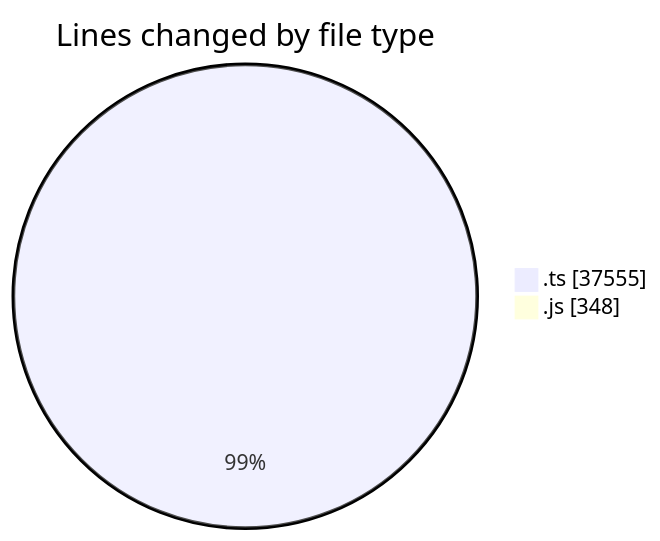
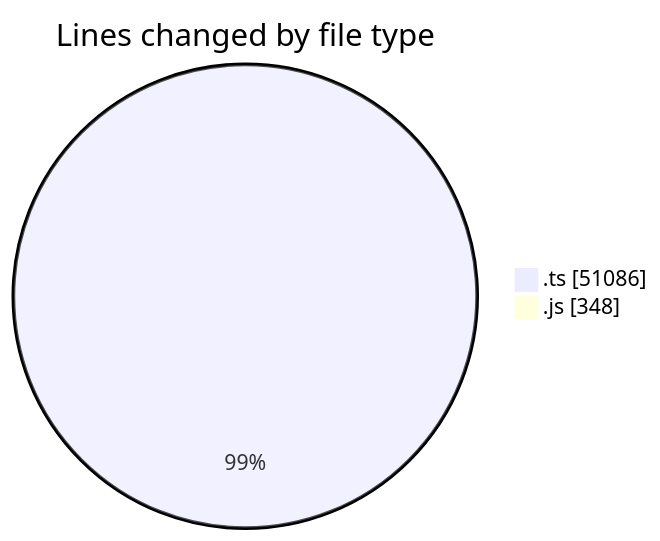
One commit to momahboobian/code-tracking changed the first of 2 diagrams in 2025-09-29/cda/README.md. Above: the diagram before and after it, drawn with Mermaid. The commit also changed other lines of this file and 1 other file, not shown here.

````diff
--- a/2025-09-29/cda/README.md
+++ b/2025-09-29/cda/README.md
@@ -25,6 +25,6 @@
 ```mermaid
 pie showData
 title Lines changed by file type
-".ts" : 37555
+".ts" : 51086
 ".js" : 348
 ```
````
